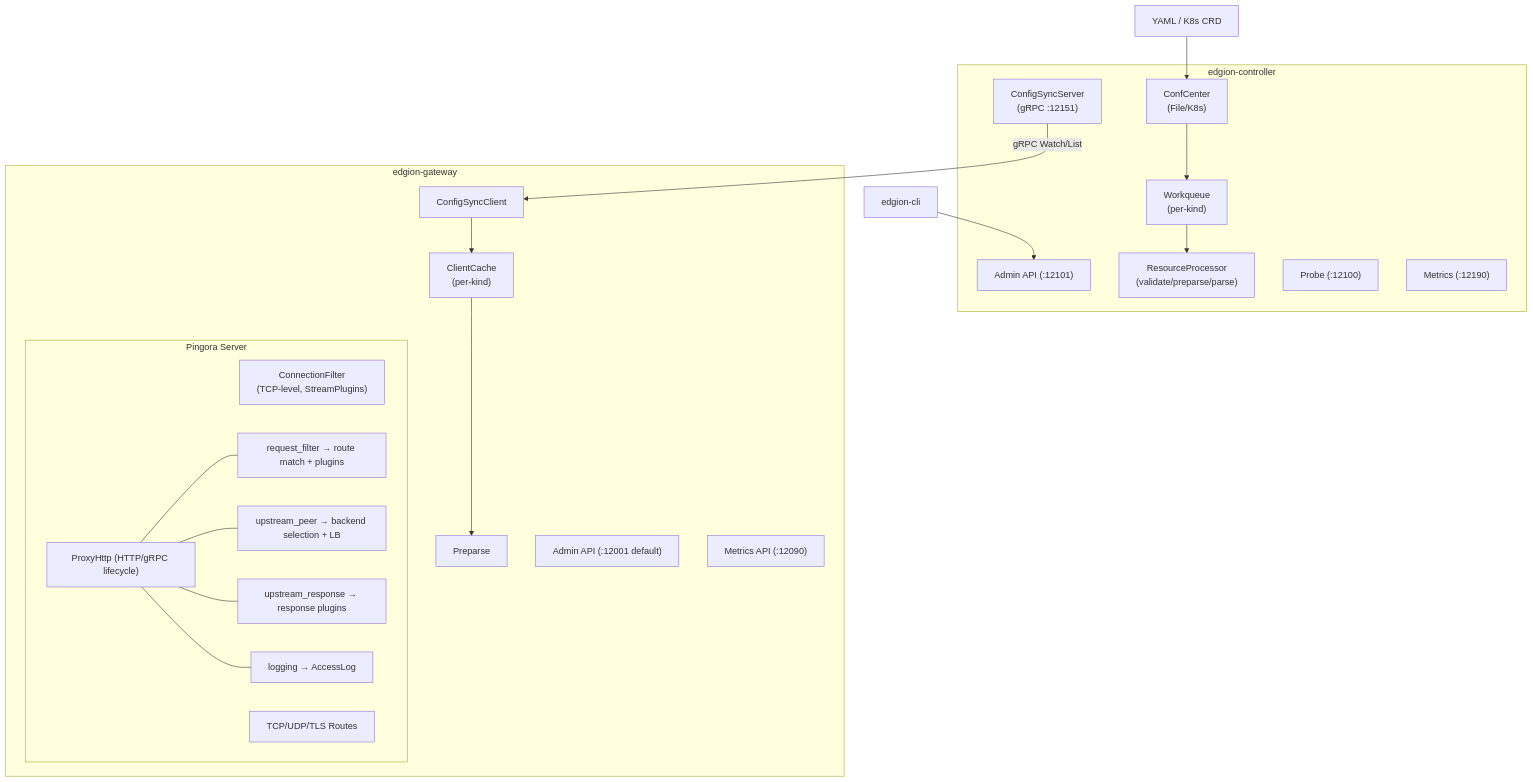
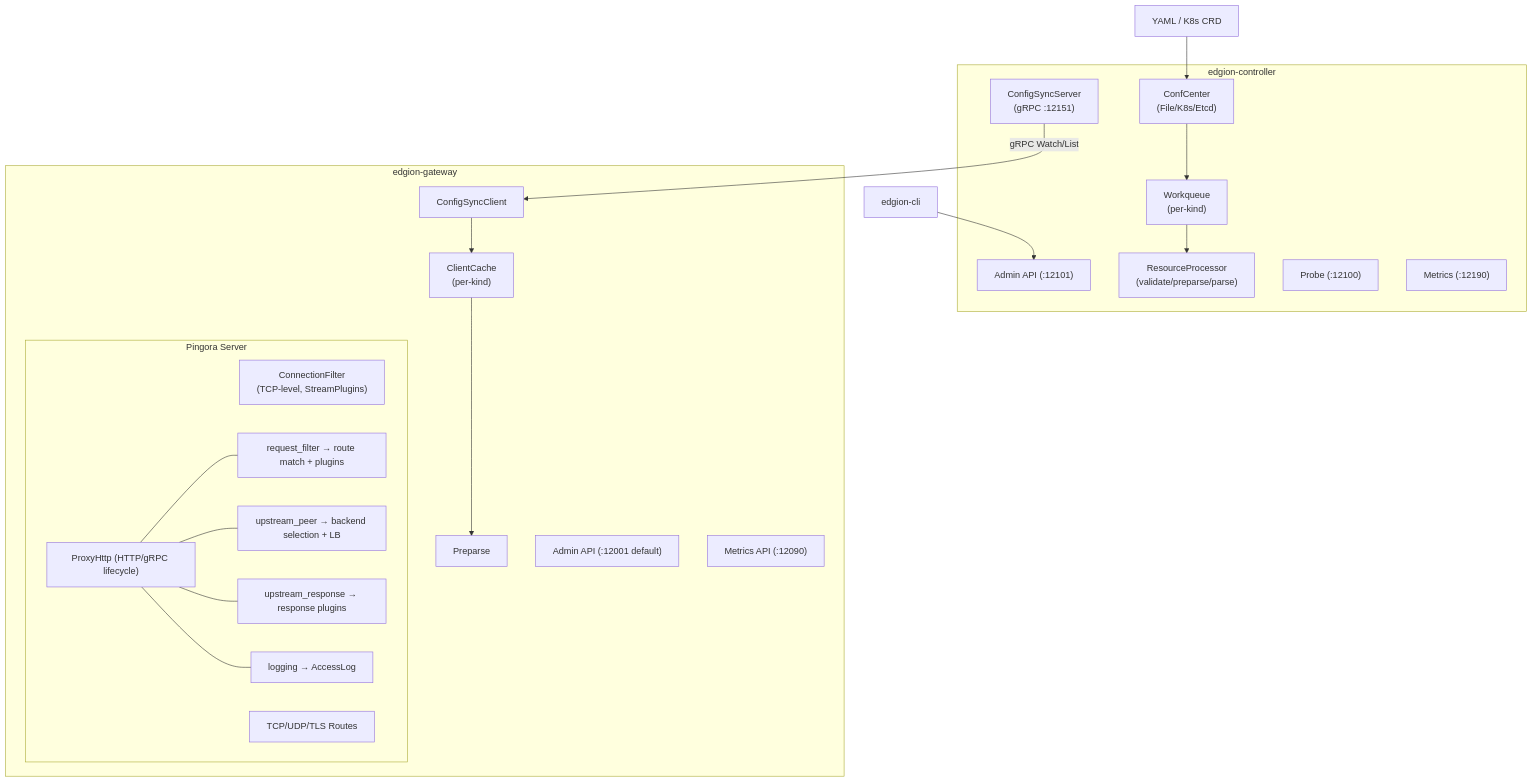
One commit to Pandaala/Edgion changed the diagram in skills/01-architecture/00-common/00-project-overview.md. Above: the diagram before and after it, drawn with Mermaid. The commit also changed other lines of this file and 170 other files, not shown here.

````diff
--- a/skills/01-architecture/00-common/00-project-overview.md
+++ b/skills/01-architecture/00-common/00-project-overview.md
@@ -10,34 +10,34 @@
 ```mermaid
 flowchart TD
     YAML["YAML / K8s CRD"] --> CC
     CLI["edgion-cli"] --> AdminCtrl
 
     subgraph Controller["edgion-controller"]
-        CC["ConfCenter\n(File/K8s)"] --> WQ["Workqueue\n(per-kind)"] --> RP["ResourceProcessor\n(validate/preparse/parse)"]
+        CC["ConfCenter\n(File/K8s/Etcd)"] --> WQ["Workqueue\n(per-kind)"] --> RP["ResourceProcessor\n(validate/preparse/parse)"]
         AdminCtrl["Admin API (:12101)"]
         ProbeCtrl["Probe (:12100)"]
         MetricsCtrl["Metrics (:12190)"]
         SyncServer["ConfigSyncServer\n(gRPC :12151)"]
     end
 
     SyncServer -- "gRPC Watch/List" --> SyncClient
 
     subgraph Gateway["edgion-gateway"]
         SyncClient["ConfigSyncClient"] --> ClientCache["ClientCache\n(per-kind)"] --> Preparse["Preparse"]
         subgraph Pingora["Pingora Server"]
             ConnFilter["ConnectionFilter\n(TCP-level, StreamPlugins)"]
             ProxyHttp["ProxyHttp (HTTP/gRPC lifecycle)"]
             ReqFilter["request_filter → route match + plugins"]
             UpstreamPeer["upstream_peer → backend selection + LB"]
             UpstreamResp["upstream_response → response plugins"]
             Logging["logging → AccessLog"]
             ProxyHttp --- ReqFilter
             ProxyHttp --- UpstreamPeer
             ProxyHttp --- UpstreamResp
             ProxyHttp --- Logging
             StreamRoutes["TCP/UDP/TLS Routes"]
         end
         AdminGw["Admin API (:12001 default)"]
         MetricsGw["Metrics API (:12090)"]
     end
 ```
````
